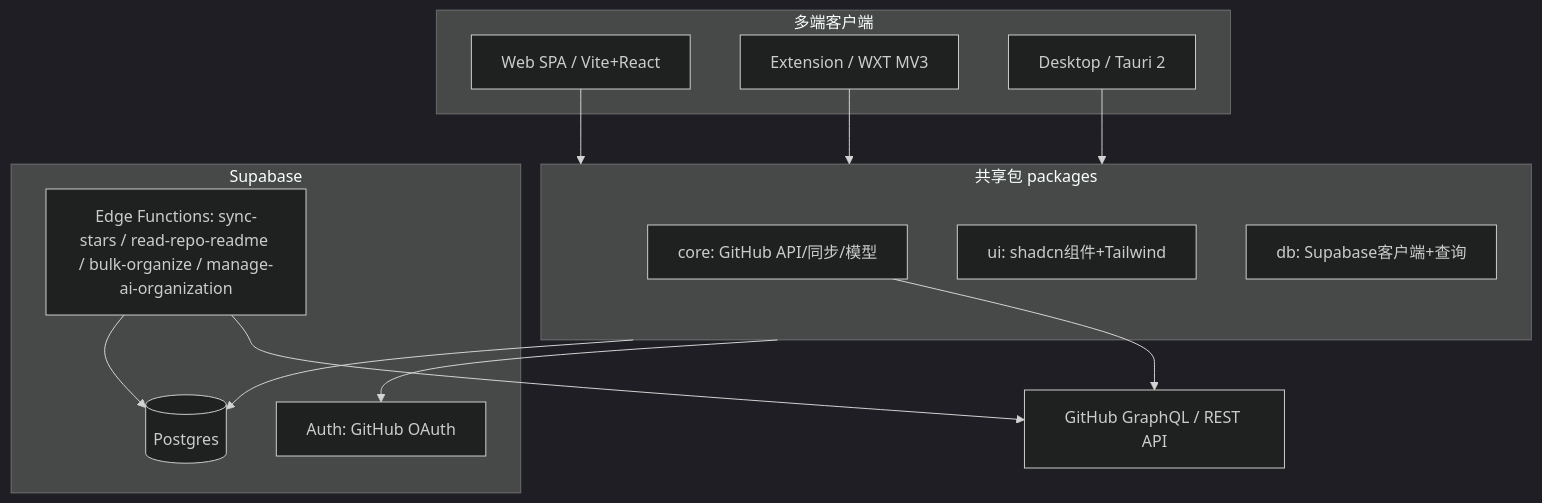
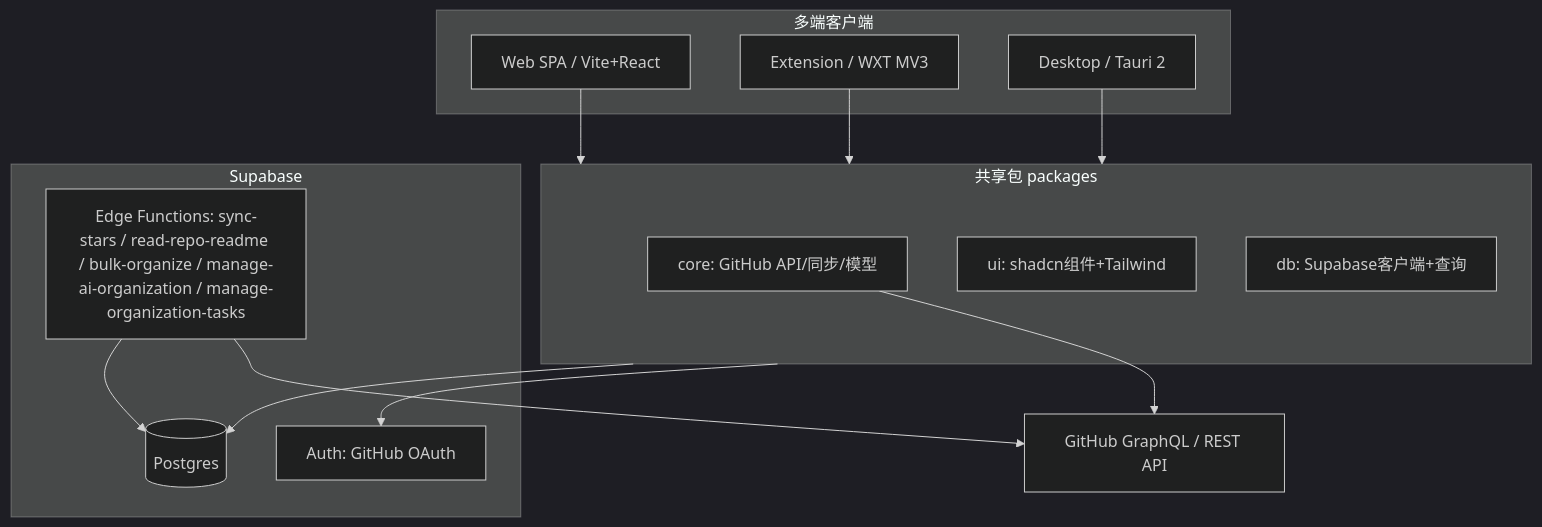
One commit to Mournerliao/asterism changed the first of 2 diagrams in knowledge/contracts/architecture.md. Above: the diagram before and after it, drawn with Mermaid (dark theme). The commit also changed other lines of this file and 34 other files, not shown here.

First line of the commit message:
feat(ai): create persistent organization tasks

````diff
--- a/knowledge/contracts/architecture.md
+++ b/knowledge/contracts/architecture.md
@@ -9,28 +9,28 @@
 ```mermaid
 flowchart TD
   subgraph clients [多端客户端]
     web[Web SPA / Vite+React]
     ext[Extension / WXT MV3]
     desktop[Desktop / Tauri 2]
   end
   subgraph shared [共享包 packages]
     core[core: GitHub API/同步/模型]
     ui[ui: shadcn组件+Tailwind]
     db[db: Supabase客户端+查询]
   end
   subgraph supabase [Supabase]
     auth[Auth: GitHub OAuth]
     pg[(Postgres)]
-    fn[Edge Functions: sync-stars / read-repo-readme / bulk-organize / manage-ai-organization]
+    fn[Edge Functions: sync-stars / read-repo-readme / bulk-organize / manage-ai-organization / manage-organization-tasks]
   end
   gh[GitHub GraphQL / REST API]
 
   web --> shared
   ext --> shared
   desktop --> shared
   shared --> auth
   shared --> pg
   core --> gh
   fn --> gh
   fn --> pg
 ```
````
